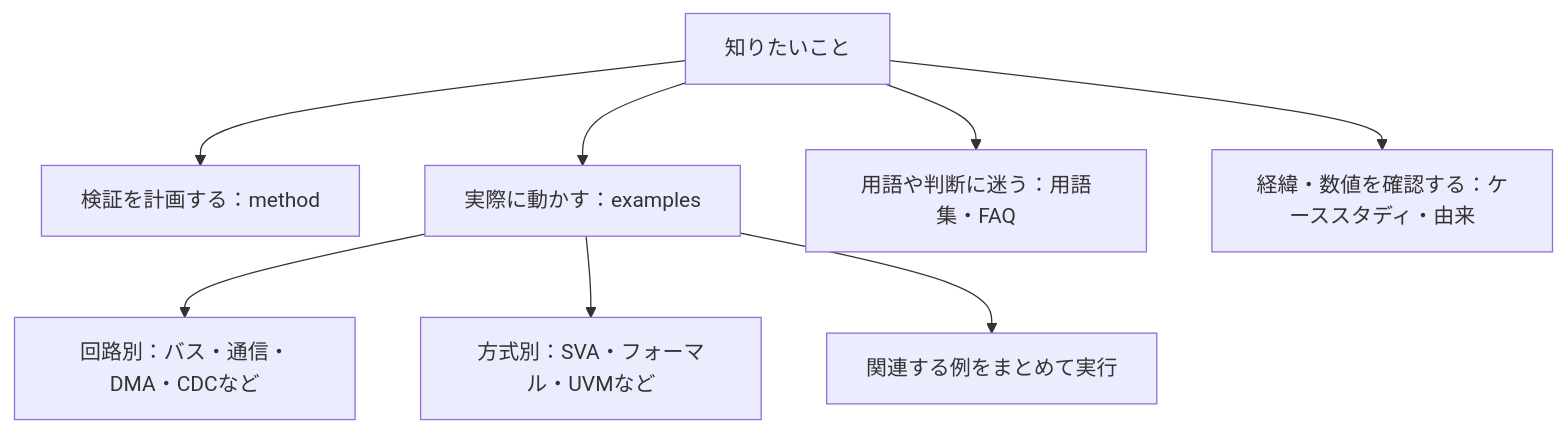
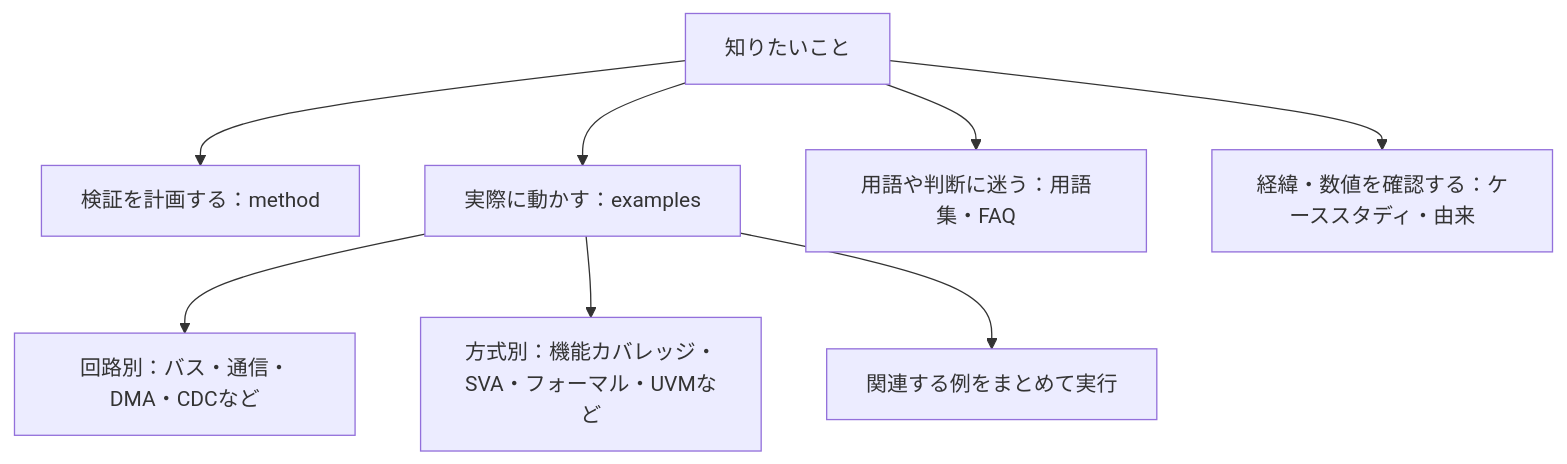
One commit to kurochan001/lsi-verification-method changed the first of 2 diagrams in README.md. Above: the diagram before and after it, drawn with Mermaid. The commit also changed other lines of this file and 9 other files, not shown here.

````diff
--- a/README.md
+++ b/README.md
@@ -19,12 +19,12 @@
 ```mermaid
 flowchart TD
   accTitle: 目的から資料を選ぶ
   accDescr: 手法の説明、実行できる検証例、用語、手法の適用記録から、目的に合う資料を選べます。
   S["知りたいこと"] --> M["検証を計画する：method"]
   S --> E["実際に動かす：examples"]
   S --> G["用語や判断に迷う：用語集・FAQ"]
   S --> C["経緯・数値を確認する：ケーススタディ・由来"]
   E --> L["回路別：バス・通信・DMA・CDCなど"]
-  E --> V["方式別：SVA・フォーマル・UVMなど"]
+  E --> V["方式別：機能カバレッジ・SVA・フォーマル・UVMなど"]
   E --> A["関連する例をまとめて実行"]
 ```
````
